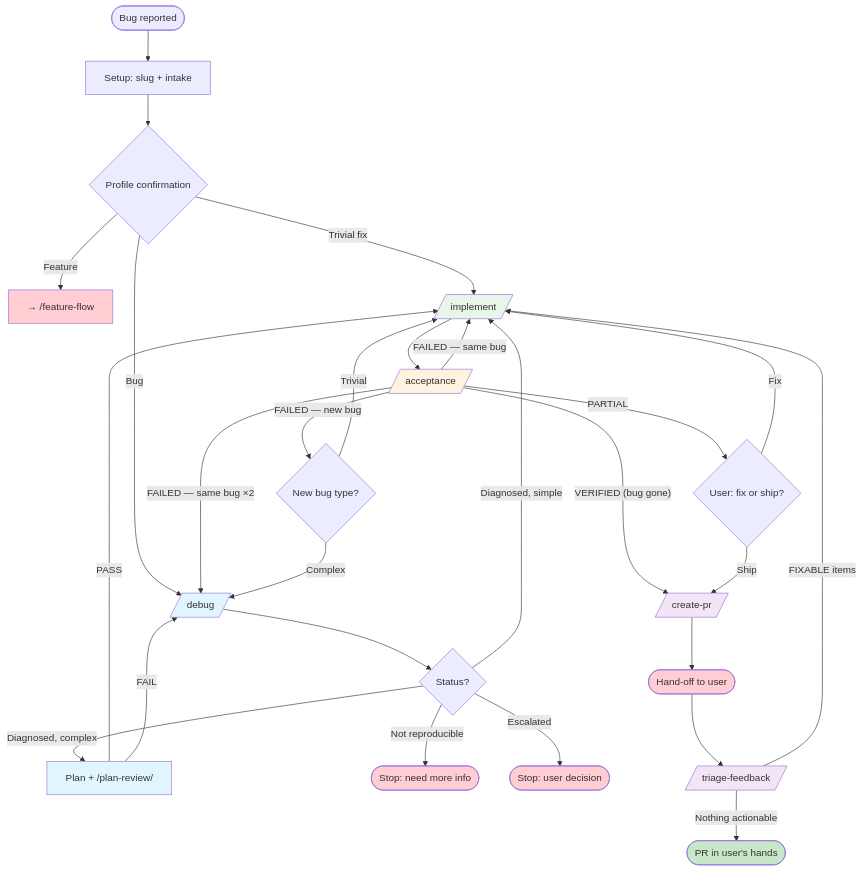
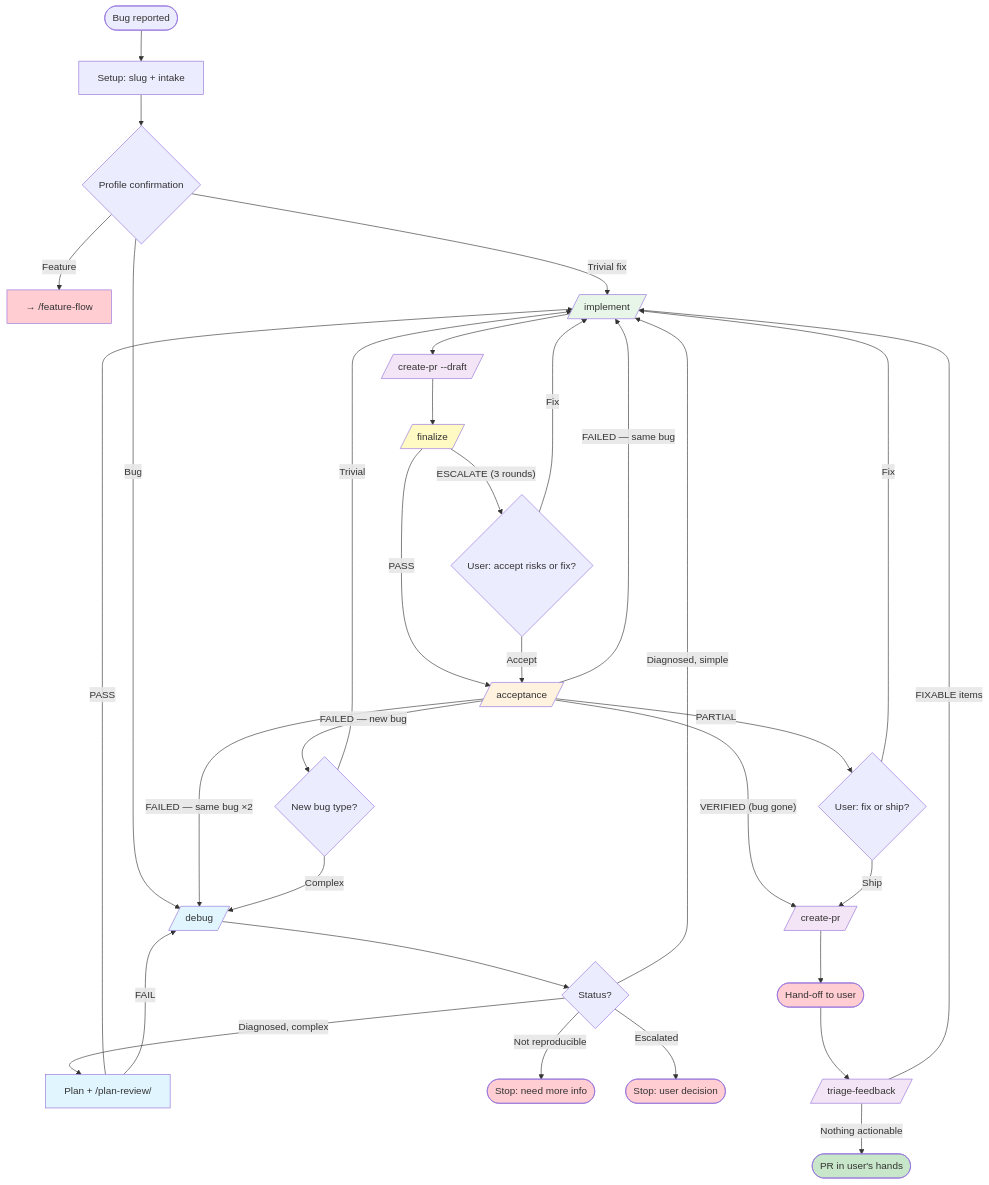
Before and after one commit to kirich1409/maven-central-mcp: the second of 2 diagrams in plugins/developer-workflow/docs/ORCHESTRATORS.md, drawn with Mermaid. The commit also changed other lines of this file and 8 other files, not shown here.

````diff
--- a/plugins/developer-workflow/docs/ORCHESTRATORS.md
+++ b/plugins/developer-workflow/docs/ORCHESTRATORS.md
@@ -112,48 +120,55 @@
 ```mermaid
 flowchart TD
     start([Bug reported]) --> setup[Setup: slug + intake]
     setup --> confirm{Profile confirmation}
     confirm -->|Feature| redirect_feat[→ /feature-flow]
     confirm -->|Trivial fix| impl
     confirm -->|Bug| debug
 
     debug[/debug/] --> debug_result{Status?}
     debug_result -->|Diagnosed, simple| impl
     debug_result -->|Diagnosed, complex| plan[Plan + /plan-review/]
     debug_result -->|Not reproducible| stop_nr([Stop: need more info])
     debug_result -->|Escalated| stop_esc([Stop: user decision])
 
     plan -->|PASS| impl
     plan -->|FAIL| debug
 
-    impl[/implement/] --> acceptance[/acceptance/]
+    impl[/implement/] --> draft_pr[/create-pr --draft/]
+    draft_pr --> finalize[/finalize/]
+    finalize -->|PASS| acceptance[/acceptance/]
+    finalize -->|"ESCALATE (3 rounds)"| finalize_decide{User: accept risks or fix?}
+    finalize_decide -->|Fix| impl
+    finalize_decide -->|Accept| acceptance
 
     acceptance -->|"VERIFIED (bug gone)"| create_pr
     acceptance -->|"FAILED — same bug"| impl
     acceptance -->|"FAILED — same bug ×2"| debug
     acceptance -->|"FAILED — new bug"| route_new{New bug type?}
     acceptance -->|PARTIAL| user_decision{User: fix or ship?}
 
     route_new -->|Trivial| impl
     route_new -->|Complex| debug
 
     user_decision -->|Fix| impl
     user_decision -->|Ship| create_pr
 
     create_pr[/create-pr/] --> handoff([Hand-off to user])
     handoff --> triage[/triage-feedback/]
     triage -->|FIXABLE items| impl
     triage -->|Nothing actionable| done([PR in user's hands])
 
     style debug fill:#e1f5fe
     style plan fill:#e1f5fe
     style impl fill:#e8f5e9
+    style finalize fill:#fff9c4
+    style draft_pr fill:#f3e5f5
     style acceptance fill:#fff3e0
     style create_pr fill:#f3e5f5
     style triage fill:#f3e5f5
     style handoff fill:#ffcdd2
     style stop_nr fill:#ffcdd2
     style stop_esc fill:#ffcdd2
     style done fill:#c8e6c9
     style redirect_feat fill:#ffcdd2
 ```
````
